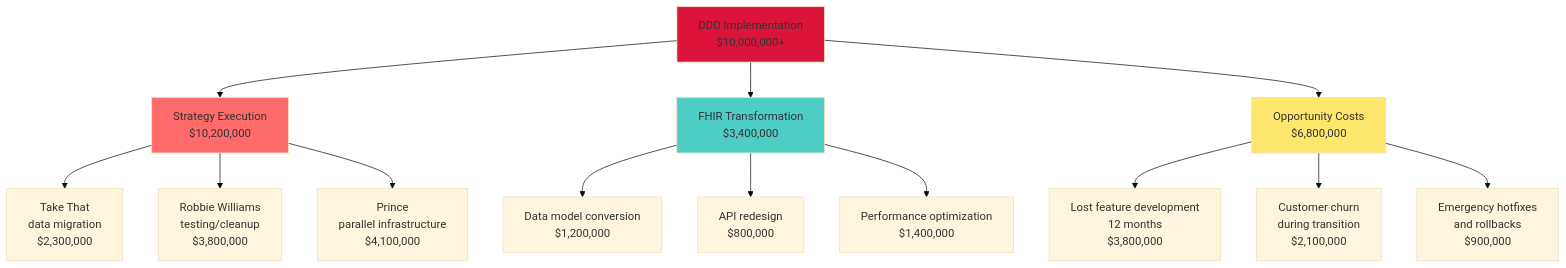
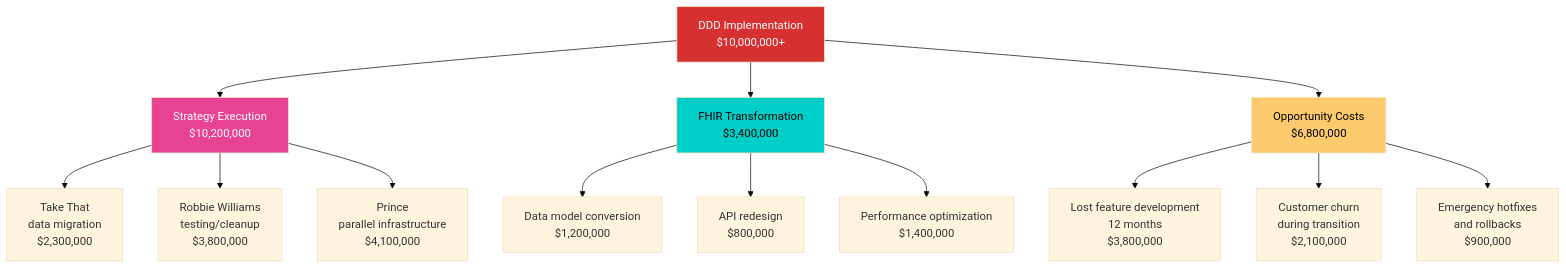
The seventh of 12 diagrams in architecture-general/02-application-software-architecture/05-domain-driven-design/05-ddd-at-scale-case-study.md (gurkanindibay/azure_learning), drawn with Mermaid (base theme) before and after one commit. The commit also changed other lines of this file and 7 other files, not shown here.

Commit message:
Add accessibility guidelines for diagrams and documentation

````diff
--- a/architecture-general/02-application-software-architecture/05-domain-driven-design/05-ddd-at-scale-case-study.md
+++ b/architecture-general/02-application-software-architecture/05-domain-driven-design/05-ddd-at-scale-case-study.md
@@ -303,25 +303,25 @@
 ```mermaid
 graph TB
     Total[DDD Implementation<br/>$10,000,000+]
     
     Total --> SE[Strategy Execution<br/>$10,200,000]
     Total --> FT[FHIR Transformation<br/>$3,400,000]
     Total --> OC[Opportunity Costs<br/>$6,800,000]
     
     SE --> TT[Take That<br/>data migration<br/>$2,300,000]
     SE --> RW[Robbie Williams<br/>testing/cleanup<br/>$3,800,000]
     SE --> PR[Prince<br/>parallel infrastructure<br/>$4,100,000]
     
     FT --> DM[Data model conversion<br/>$1,200,000]
     FT --> API[API redesign<br/>$800,000]
     FT --> PO[Performance optimization<br/>$1,400,000]
     
     OC --> LF[Lost feature development<br/>12 months<br/>$3,800,000]
     OC --> CC[Customer churn<br/>during transition<br/>$2,100,000]
     OC --> EH[Emergency hotfixes<br/>and rollbacks<br/>$900,000]
     
-    style Total fill:#DC143C
-    style SE fill:#FF6B6B
-    style FT fill:#4ECDC4
-    style OC fill:#FFE66D
+    style Total fill:#d63031,color:#ffffff
+    style SE fill:#e84393,color:#ffffff
+    style FT fill:#00cec9,color:#000000
+    style OC fill:#fdcb6e,color:#000000
 ```
````
